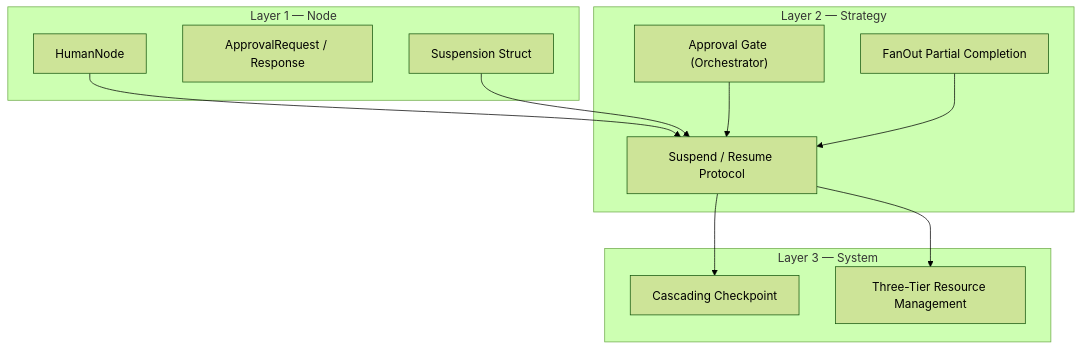
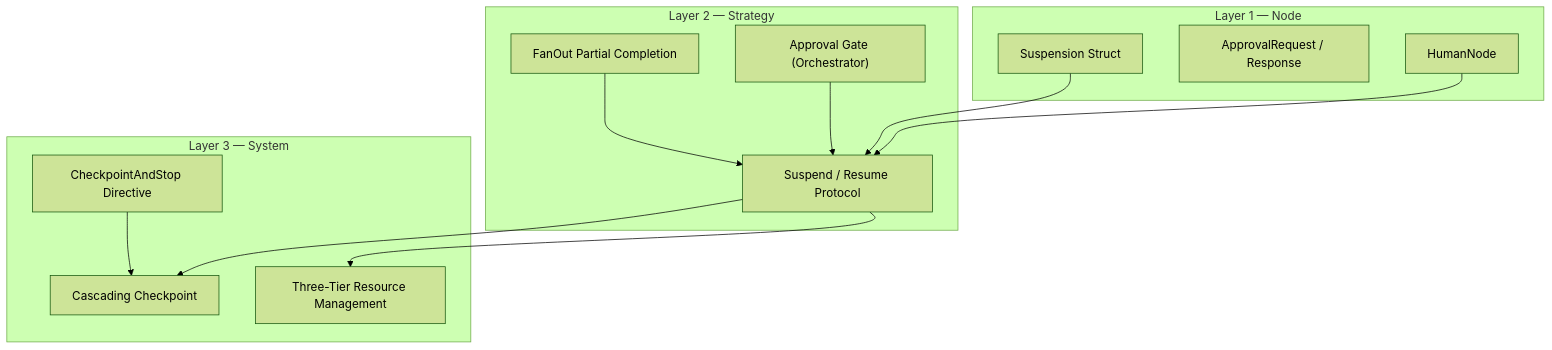
One commit to lostbean/jido_composer changed the diagram in docs/design/hitl/README.md. Above: the diagram before and after it, drawn with Mermaid (forest theme). The commit also changed other lines of this file and 5 other files, not shown here.

````diff
--- a/docs/design/hitl/README.md
+++ b/docs/design/hitl/README.md
@@ -49,26 +49,28 @@
 ```mermaid
 graph TB
     subgraph "Layer 3 — System"
         CP["Cascading Checkpoint"]
         HR["Three-Tier Resource Management"]
+        CAS["CheckpointAndStop Directive"]
     end
 
     subgraph "Layer 2 — Strategy"
         SS["Suspend / Resume Protocol"]
         AG["Approval Gate (Orchestrator)"]
         FO["FanOut Partial Completion"]
     end
 
     subgraph "Layer 1 — Node"
         HN["HumanNode"]
         AR["ApprovalRequest / Response"]
         SUS["Suspension Struct"]
     end
 
     HN --> SS
     SUS --> SS
     SS --> CP
     AG --> SS
     FO --> SS
     SS --> HR
+    CAS --> CP
 ```
````
